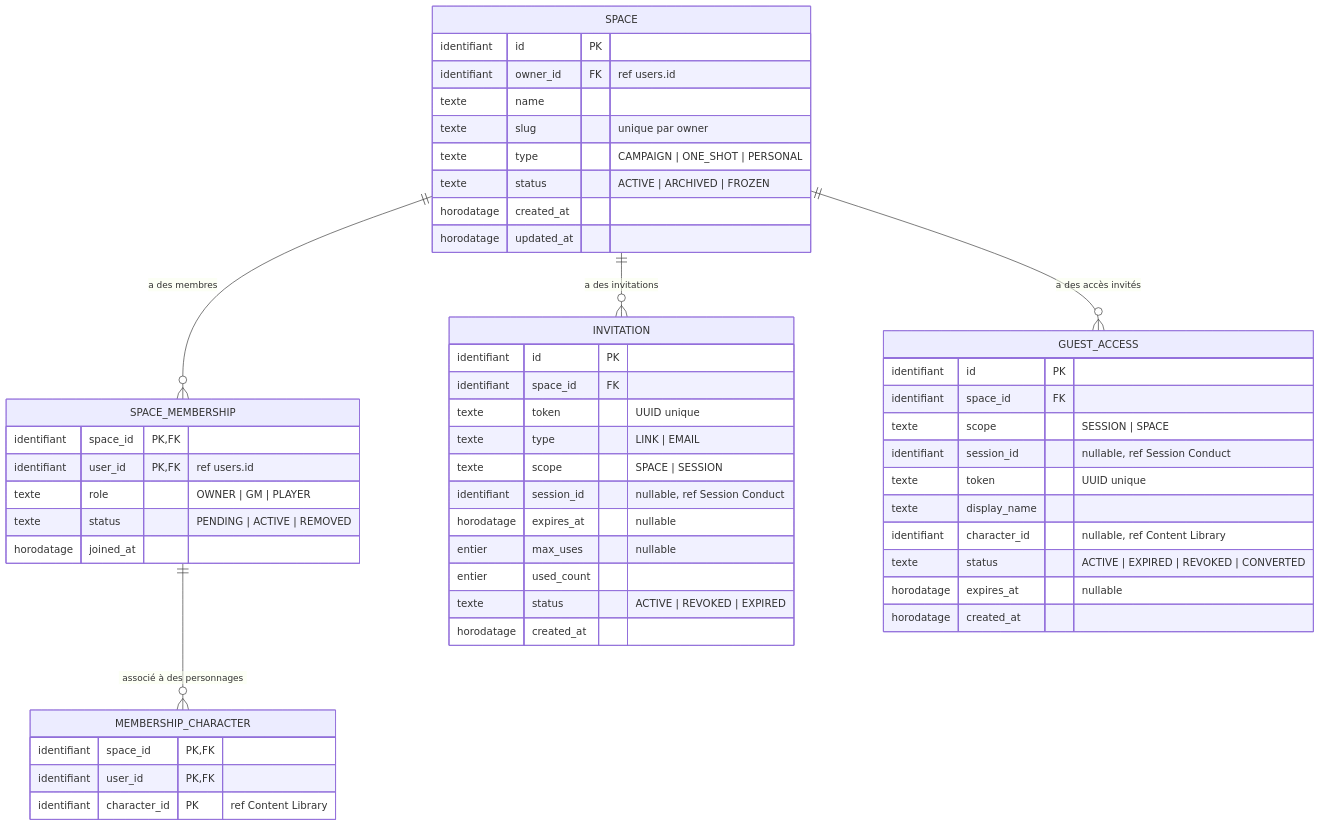
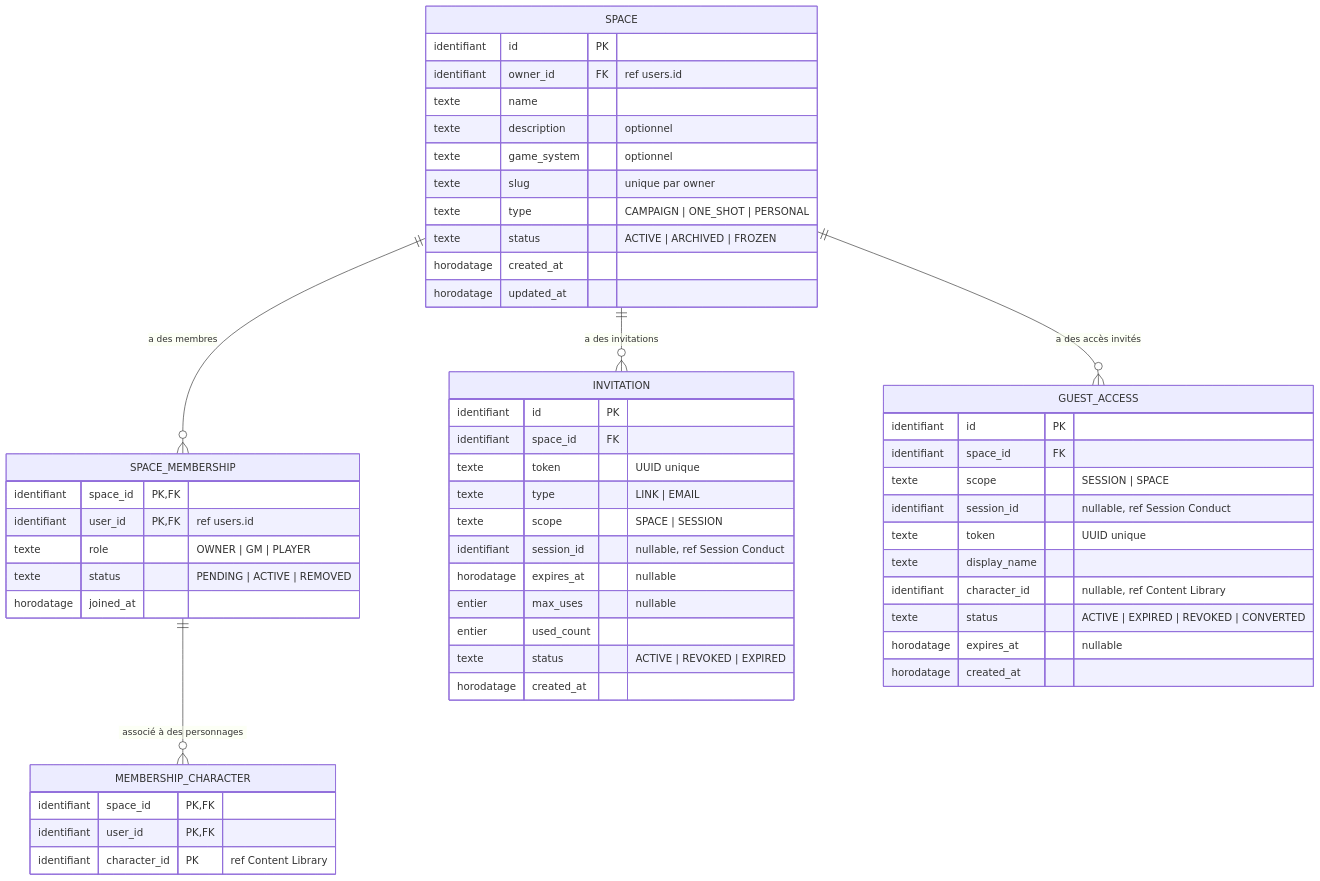
The diagram in docs/domaine/space-management/conceptual-data.md (2025-10-CDA-ECO-P6/PM-micro-saas), drawn with Mermaid before and after one commit. The commit also changed 37 other files, not shown here.

````diff
--- a/docs/domaine/space-management/conceptual-data.md
+++ b/docs/domaine/space-management/conceptual-data.md
@@ -5,59 +5,61 @@
 ```mermaid
 erDiagram
     SPACE {
         identifiant id PK
         identifiant owner_id FK "ref users.id"
         texte name
+        texte description "optionnel"
+        texte game_system "optionnel"
         texte slug "unique par owner"
         texte type "CAMPAIGN | ONE_SHOT | PERSONAL"
         texte status "ACTIVE | ARCHIVED | FROZEN"
         horodatage created_at
         horodatage updated_at
     }
 
     SPACE_MEMBERSHIP {
         identifiant space_id PK,FK
         identifiant user_id PK,FK "ref users.id"
         texte role "OWNER | GM | PLAYER"
         texte status "PENDING | ACTIVE | REMOVED"
         horodatage joined_at
     }
 
     MEMBERSHIP_CHARACTER {
         identifiant space_id PK,FK
         identifiant user_id PK,FK
         identifiant character_id PK "ref Content Library"
     }
 
     INVITATION {
         identifiant id PK
         identifiant space_id FK
         texte token "UUID unique"
         texte type "LINK | EMAIL"
         texte scope "SPACE | SESSION"
         identifiant session_id "nullable, ref Session Conduct"
         horodatage expires_at "nullable"
         entier max_uses "nullable"
         entier used_count
         texte status "ACTIVE | REVOKED | EXPIRED"
         horodatage created_at
     }
 
     GUEST_ACCESS {
         identifiant id PK
         identifiant space_id FK
         texte scope "SESSION | SPACE"
         identifiant session_id "nullable, ref Session Conduct"
         texte token "UUID unique"
         texte display_name
         identifiant character_id "nullable, ref Content Library"
         texte status "ACTIVE | EXPIRED | REVOKED | CONVERTED"
         horodatage expires_at "nullable"
         horodatage created_at
     }
 
     SPACE ||--o{ SPACE_MEMBERSHIP : "a des membres"
     SPACE ||--o{ INVITATION : "a des invitations"
     SPACE ||--o{ GUEST_ACCESS : "a des accès invités"
     SPACE_MEMBERSHIP ||--o{ MEMBERSHIP_CHARACTER : "associé à des personnages"
 ```
````
